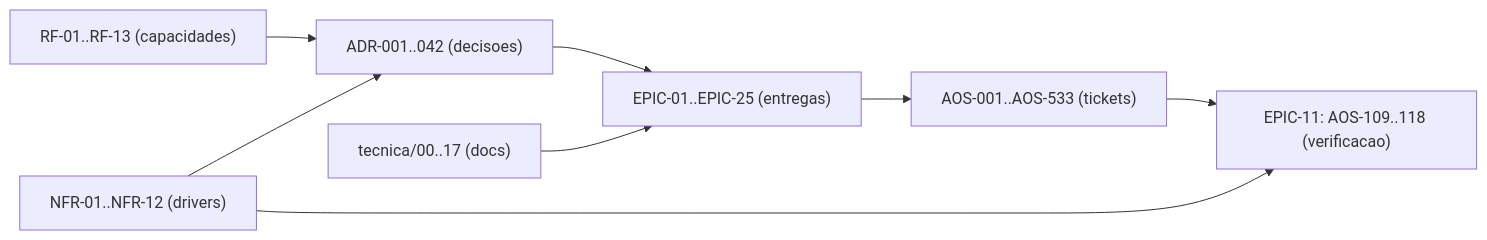
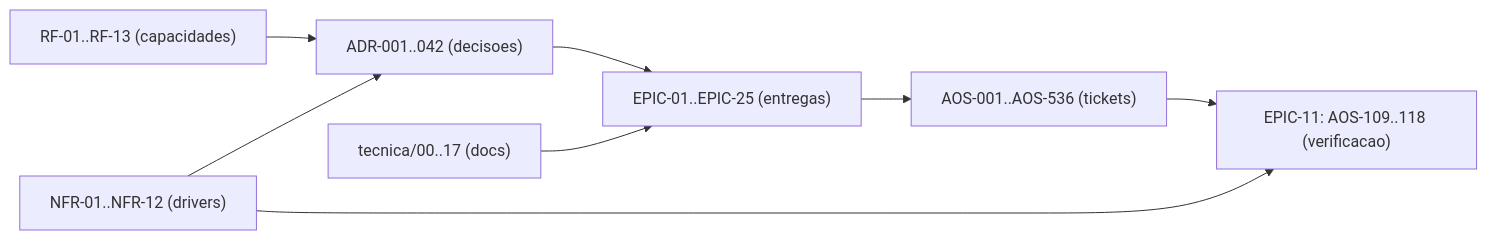
The diagram in tecnica/16_Rastreabilidade_RTM.md (albinoJimy/aos), drawn with Mermaid before and after one commit. The commit also changed other lines of this file and 6 other files, not shown here.

````diff
--- a/tecnica/16_Rastreabilidade_RTM.md
+++ b/tecnica/16_Rastreabilidade_RTM.md
@@ -211,10 +211,10 @@
 ```mermaid
 flowchart LR
     RF["RF-01..RF-13 (capacidades)"] --> ADR["ADR-001..042 (decisoes)"]
     NFR["NFR-01..NFR-12 (drivers)"] --> ADR
     ADR --> EPIC["EPIC-01..EPIC-25 (entregas)"]
-    EPIC --> TICK["AOS-001..AOS-533 (tickets)"]
+    EPIC --> TICK["AOS-001..AOS-536 (tickets)"]
     DOC["tecnica/00..17 (docs)"] --> EPIC
     TICK --> TEST["EPIC-11: AOS-109..118 (verificacao)"]
     NFR --> TEST
 ```
````
